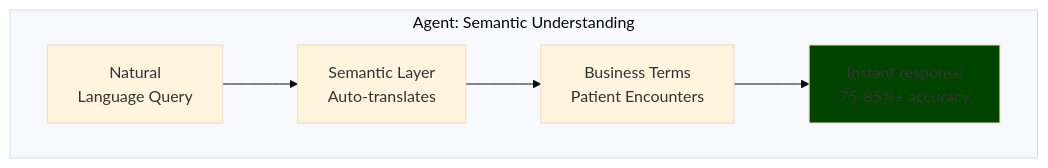
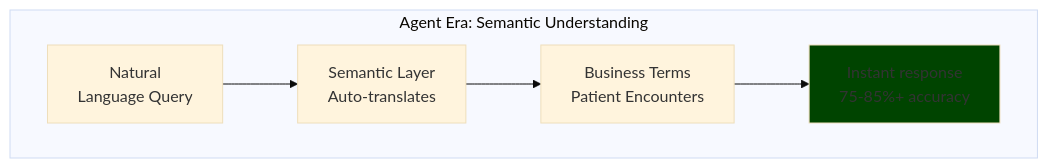
One commit to colaberry/enterprise-data-readiness-ai-agents changed the fifth of 12 diagrams in chapter-00/chapter_00_complete.md. Above: the diagram before and after it, drawn with Mermaid (base theme). The commit also changed other lines of this file, not shown here.

````diff
--- a/chapter-00/chapter_00_complete.md
+++ b/chapter-00/chapter_00_complete.md
@@ -279,10 +279,10 @@
 ```mermaid
 graph TB    
-    subgraph "Agent: Semantic Understanding"
+    subgraph "Agent Era: Semantic Understanding"
         B1[Natural<br/>Language Query] --> B2[Semantic Layer<br/>Auto-translates]
         B2 --> B3[Business Terms<br/>Patient Encounters]
         B3 --> B4[Instant response<br/>75-85%+ accuracy]
     end
     
     style B4 fill:#004400
 ```
````
